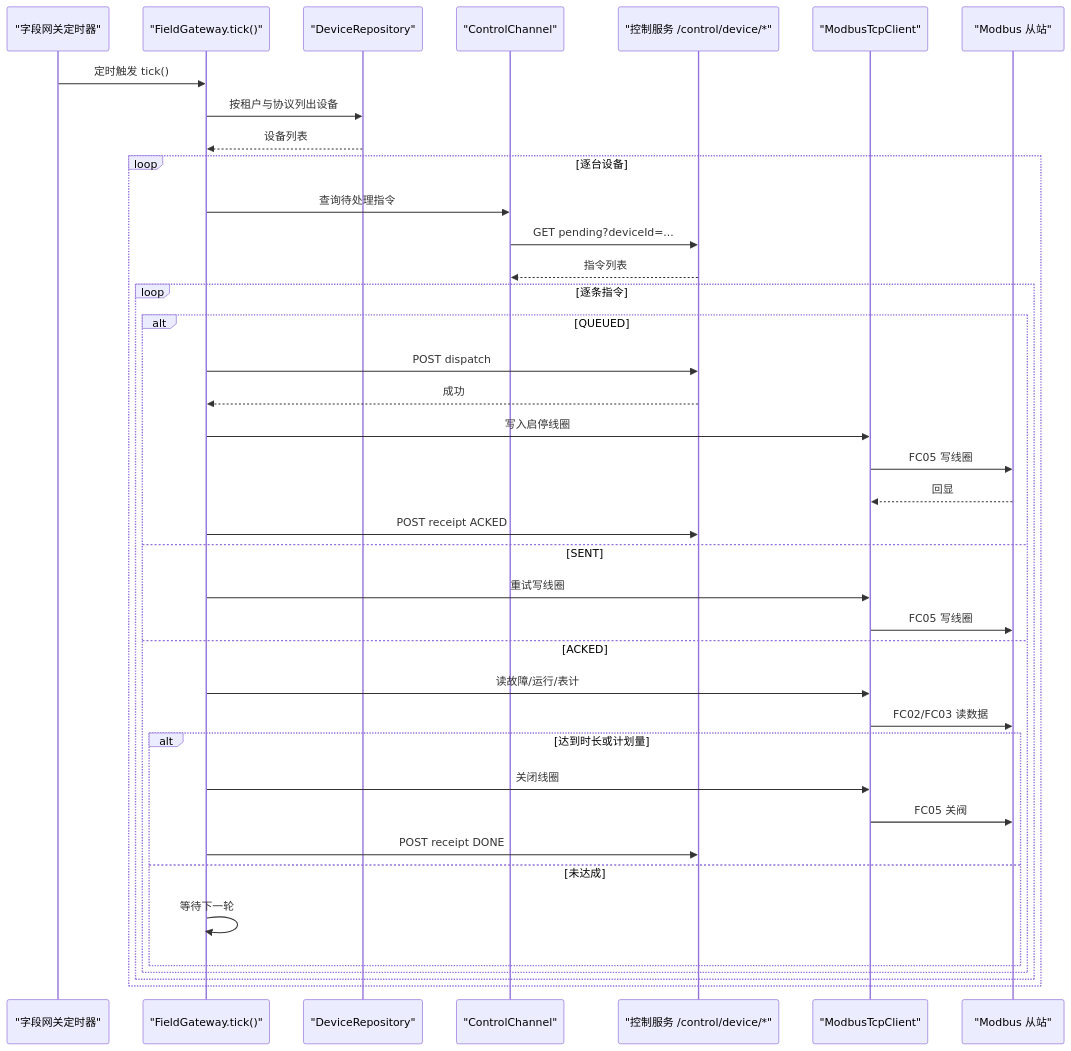
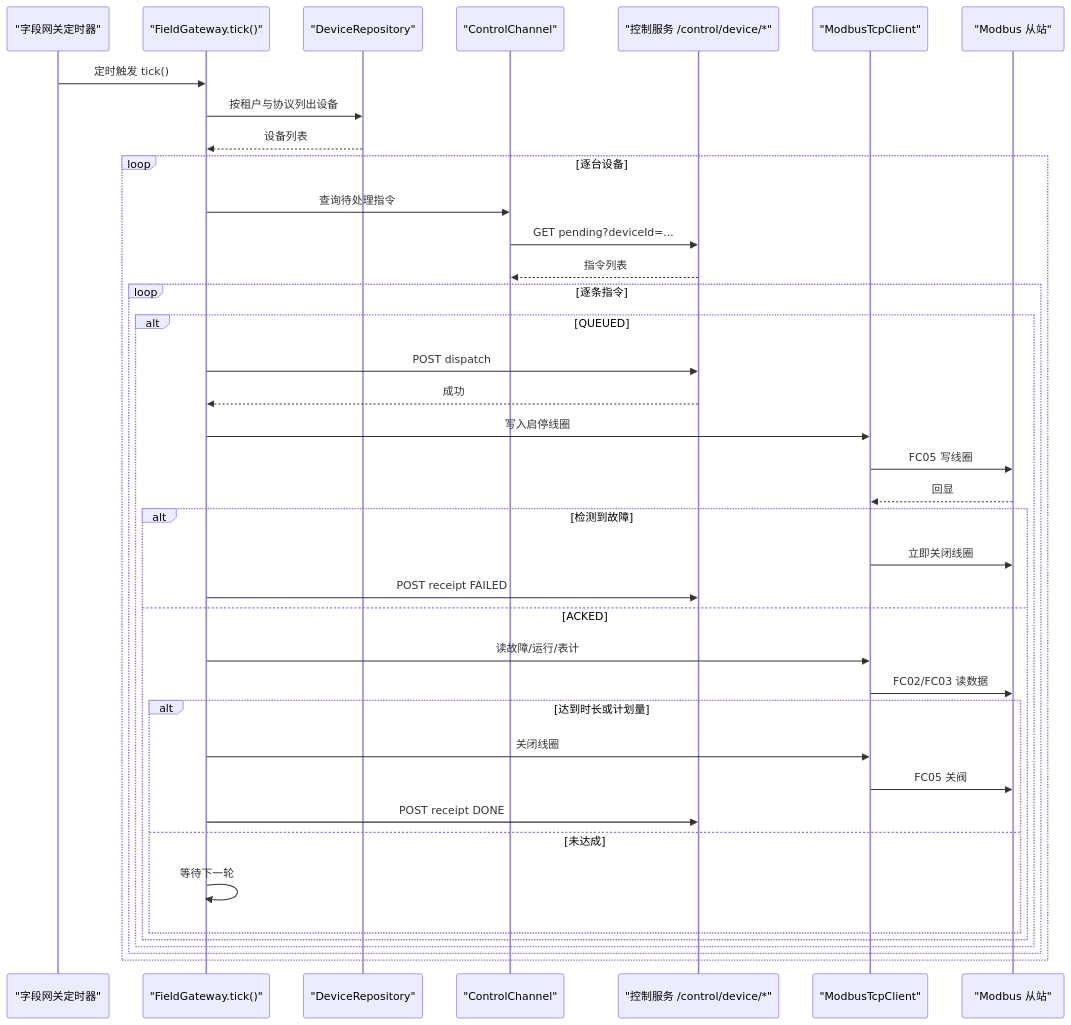
The second of 8 diagrams in .qoder/repowiki/zh/content/核心服务文档/物联网设备管理/字段网关系统.md (q446328246/agri-platform), drawn with Mermaid before and after one commit. The commit also changed other lines of this file and 25 other files, not shown here.

````diff
--- a/.qoder/repowiki/zh/content/核心服务文档/物联网设备管理/字段网关系统.md
+++ b/.qoder/repowiki/zh/content/核心服务文档/物联网设备管理/字段网关系统.md
@@ -79,41 +89,41 @@
 ```mermaid
 sequenceDiagram
 participant Scheduler as "字段网关定时器"
 participant Gateway as "FieldGateway.tick()"
 participant Repo as "DeviceRepository"
 participant Channel as "ControlChannel"
 participant Control as "控制服务 /control/device/*"
 participant Client as "ModbusTcpClient"
 participant Device as "Modbus 从站"
 Scheduler->>Gateway : 定时触发 tick()
 Gateway->>Repo : 按租户与协议列出设备
 Repo-->>Gateway : 设备列表
 loop 逐台设备
 Gateway->>Channel : 查询待处理指令
 Channel->>Control : GET pending?deviceId=...
 Control-->>Channel : 指令列表
 loop 逐条指令
 alt QUEUED
 Gateway->>Control : POST dispatch
 Control-->>Gateway : 成功
 Gateway->>Client : 写入启停线圈
 Client->>Device : FC05 写线圈
 Device-->>Client : 回显
-Gateway->>Control : POST receipt ACKED
-else SENT
-Gateway->>Client : 重试写线圈
-Client->>Device : FC05 写线圈
+alt 检测到故障
+Client->>Device : 立即关闭线圈
+Gateway->>Control : POST receipt FAILED
 else ACKED
 Gateway->>Client : 读故障/运行/表计
 Client->>Device : FC02/FC03 读数据
 alt 达到时长或计划量
 Gateway->>Client : 关闭线圈
 Client->>Device : FC05 关阀
 Gateway->>Control : POST receipt DONE
 else 未达成
 Gateway->>Gateway : 等待下一轮
 end
 end
 end
 end
+end
 ```
````
